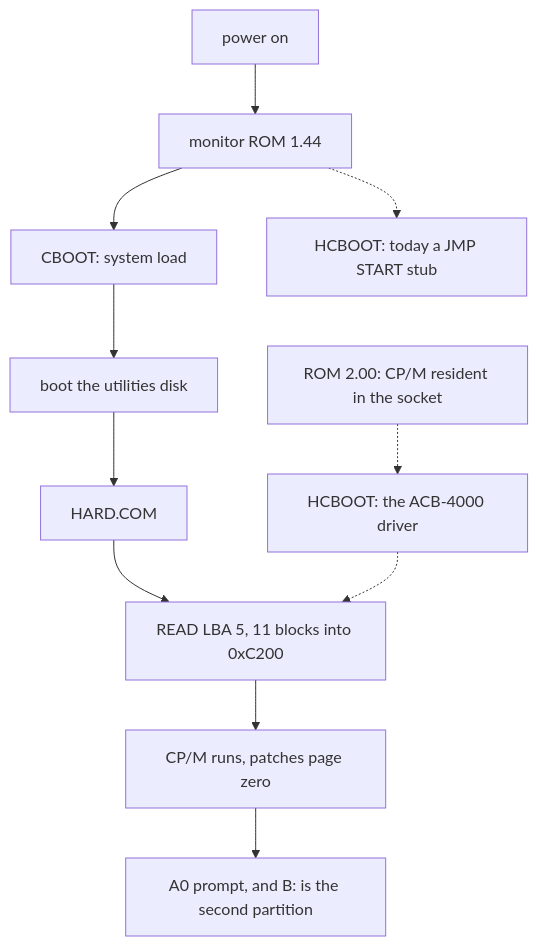
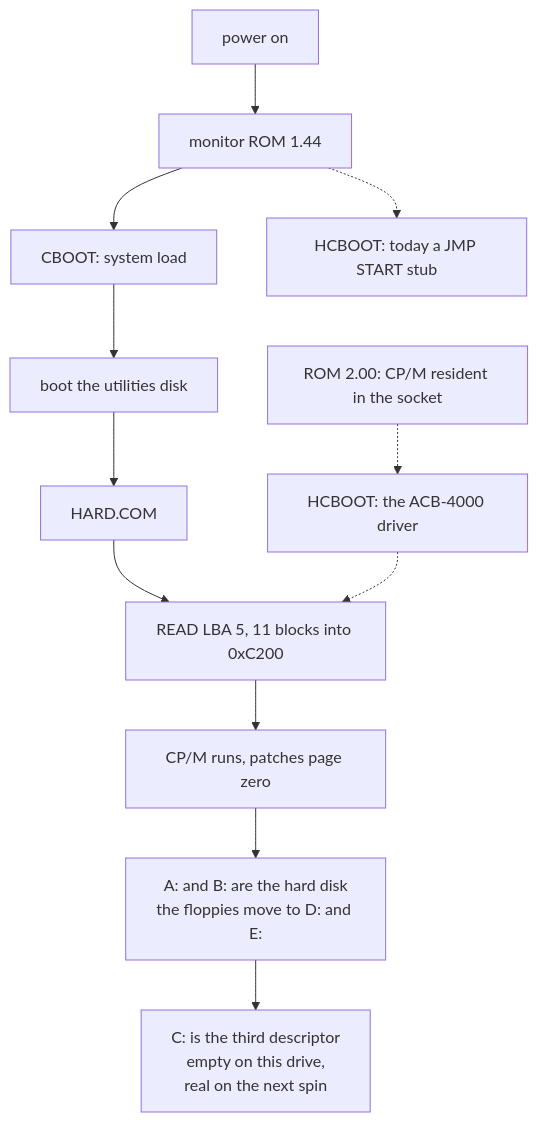
One commit to Myrcurial/o1next changed the diagram in site/assets/diagrams/osborne1ng-boot-chain.mmd. Above: the diagram before and after it, drawn with Mermaid. The commit also changed 4 other files, not shown here.

First line of the commit message:
docs: the boot flow's drive letters, and the label wrapping that made it tall (#191)

```diff
--- a/site/assets/diagrams/osborne1ng-boot-chain.mmd
+++ b/site/assets/diagrams/osborne1ng-boot-chain.mmd
@@ -1,11 +1,12 @@
 flowchart TD
   P["power on"] --> ROM["monitor ROM 1.44"]
   ROM --> CBOOT["CBOOT: system load"]
   CBOOT --> FLOP["boot the utilities disk"]
   FLOP --> HARD["HARD.COM"]
   HARD --> READ["READ LBA 5, 11 blocks into 0xC200"]
   READ --> CPM["CP/M runs, patches page zero"]
-  CPM --> A0["A0 prompt, and B: is the second partition"]
+  CPM --> MAP["A: and B: are the hard disk<br/>the floppies move to D: and E:"]
+  MAP --> CFREE["C: is the third descriptor<br/>empty on this drive,<br/>real on the next spin"]
   ROM -.-> HCB["HCBOOT: today a JMP START stub"]
   ROM2["ROM 2.00: CP/M resident in the socket"] -.-> HC2["HCBOOT: the ACB-4000 driver"]
   HC2 -.-> READ
```
